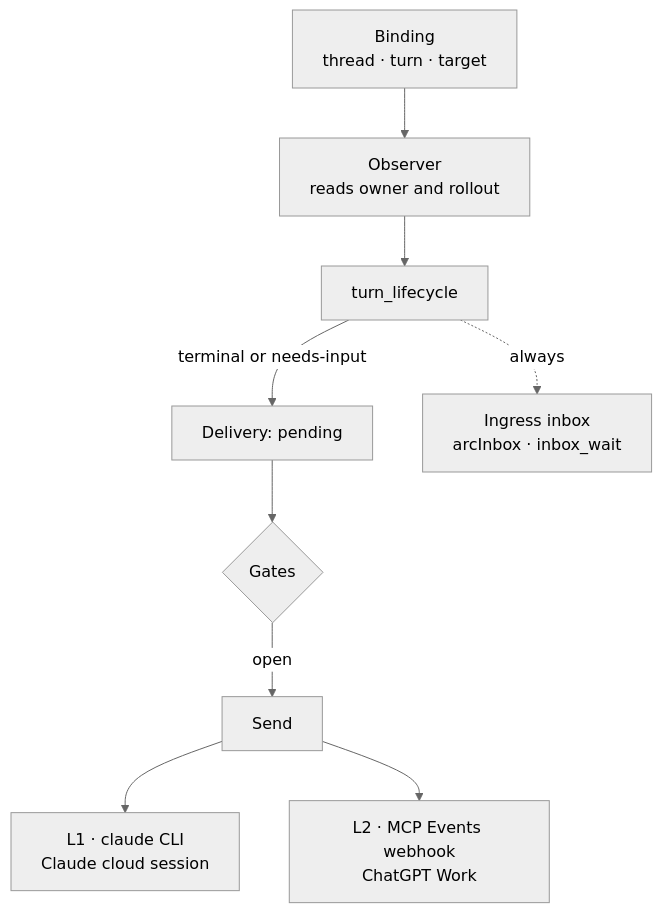
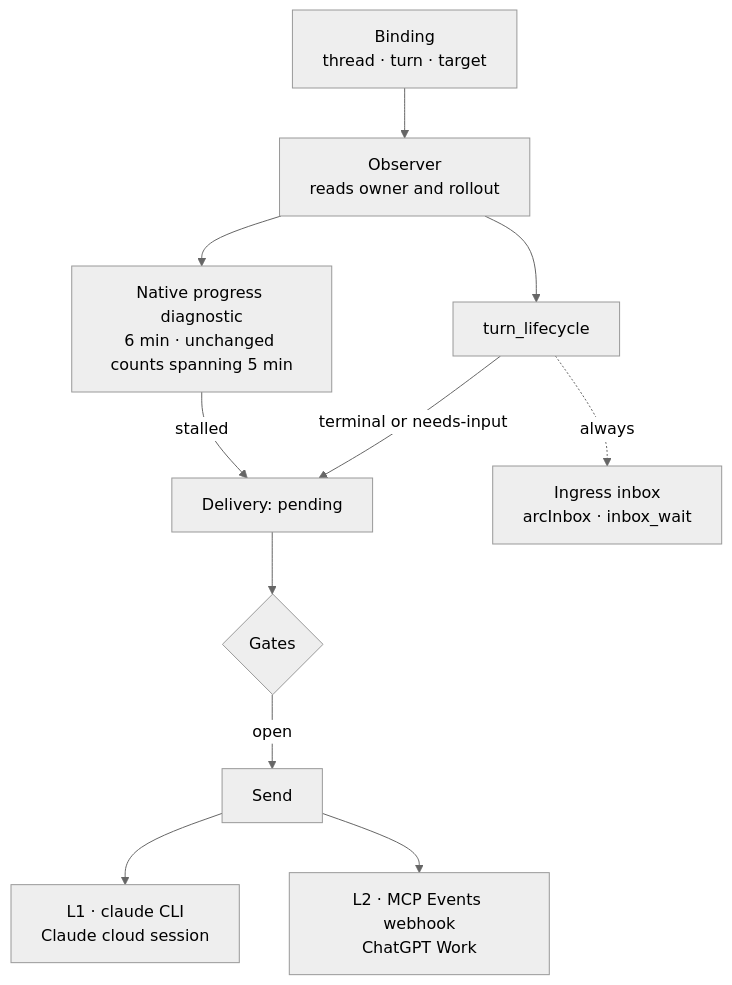
Before and after one commit to whzxc/agent-remote-control: the diagram in arch/mechanisms/notification-flow.mmd, drawn with Mermaid (neutral theme). The commit also changed 12 other files, not shown here.

Commit message:
fix(codex): diagnose and notify stalled native turns

```diff
--- a/arch/mechanisms/notification-flow.mmd
+++ b/arch/mechanisms/notification-flow.mmd
@@ -1,12 +1,15 @@
 %% Notification flow (layer 2): from binding to L1/L2 delivery and the ingress inbox.
 %% Index and code mapping: docs/dev/arch-assets.md
 flowchart TB
   bind["Binding<br/>thread · turn · target"] --> observe["Observer<br/>reads owner and rollout"]
   observe --> lifecycle["turn_lifecycle"]
+  observe --> progress["Native progress diagnostic<br/>6 min · unchanged counts spanning 5 min"]
+  progress -->|"stalled"| delivery
   lifecycle -->|"terminal or needs-input"| delivery["Delivery: pending"]
   lifecycle -.->|"always"| inbox["Ingress inbox<br/>arcInbox · inbox_wait"]
   delivery --> gates{"Gates"}
   gates -->|"open"| send["Send"]
   send --> cli["L1 · claude CLI<br/>Claude cloud session"]
   send --> webhook["L2 · MCP Events webhook<br/>ChatGPT Work"]
   class observe gap
+  class progress uncertain
```
